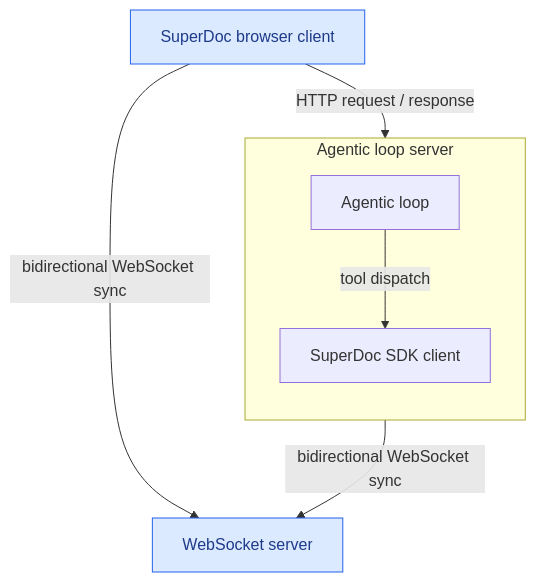
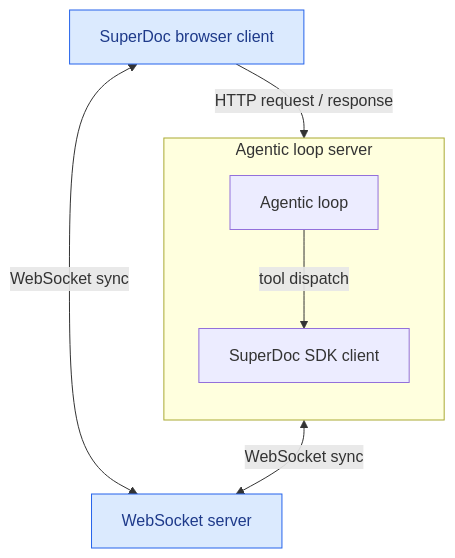
One commit to mattConnHarbour/agent-harness-integration changed the diagram in README.md. Above: the diagram before and after it, drawn with Mermaid. The commit also changed 2 other files, not shown here.

Commit message:
use double-sided WebSocket arrows

````diff
--- a/README.md
+++ b/README.md
@@ -7,20 +7,20 @@
 ```mermaid
 flowchart TD
   webapp[SuperDoc browser client]
 
   subgraph server[Agentic loop server]
     direction TB
     loop[Agentic loop]
     client[SuperDoc SDK client]
     loop -->|tool dispatch| client
   end
 
   ws[WebSocket server]
 
   webapp -->|HTTP request / response| loop
-  client -->|bidirectional WebSocket sync| ws
-  webapp -->|bidirectional WebSocket sync| ws
+  client <-->|WebSocket sync| ws
+  webapp <-->|WebSocket sync| ws
 
   classDef blue fill:#dbeafe,stroke:#2563eb,color:#1e3a8a
   class webapp,ws blue
 ```
````
